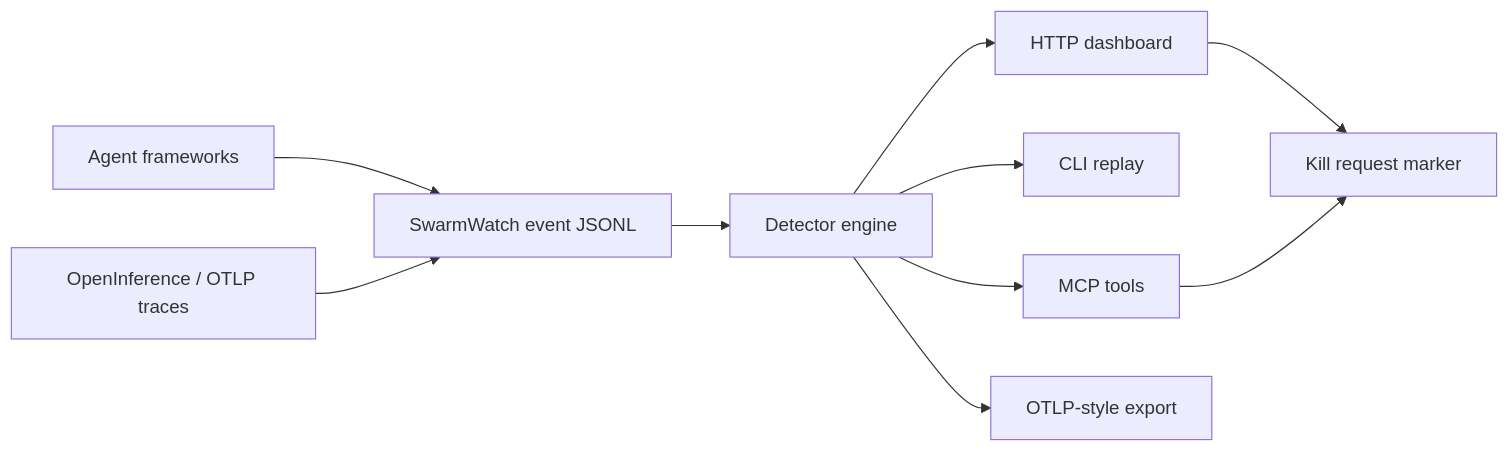
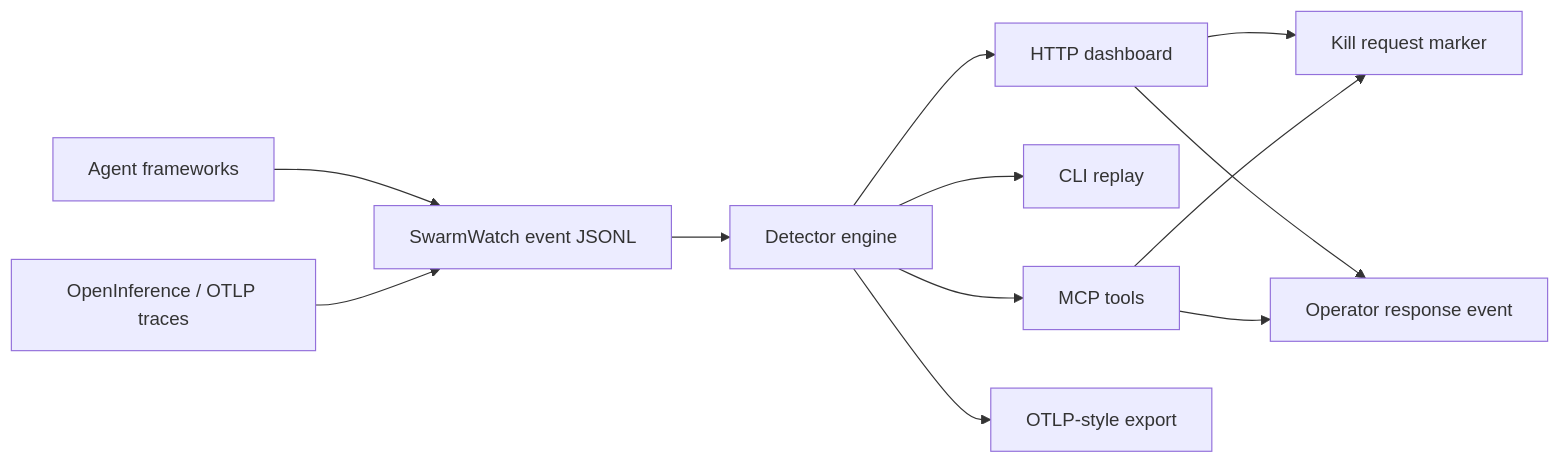
One commit to rudycelekli/swarmwatch changed the diagram in README.md. Above: the diagram before and after it, drawn with Mermaid. The commit also changed other lines of this file and 22 other files, not shown here.

````diff
--- a/README.md
+++ b/README.md
@@ -10,12 +10,14 @@
 ```mermaid
 flowchart LR
   A["Agent frameworks"] --> B["SwarmWatch event JSONL"]
   A2["OpenInference / OTLP traces"] --> B
   B --> C["Detector engine"]
   C --> D["HTTP dashboard"]
   C --> E["CLI replay"]
   C --> F["MCP tools"]
   C --> H["OTLP-style export"]
   D --> G["Kill request marker"]
   F --> G
+  D --> I["Operator response event"]
+  F --> I
 ```
````
